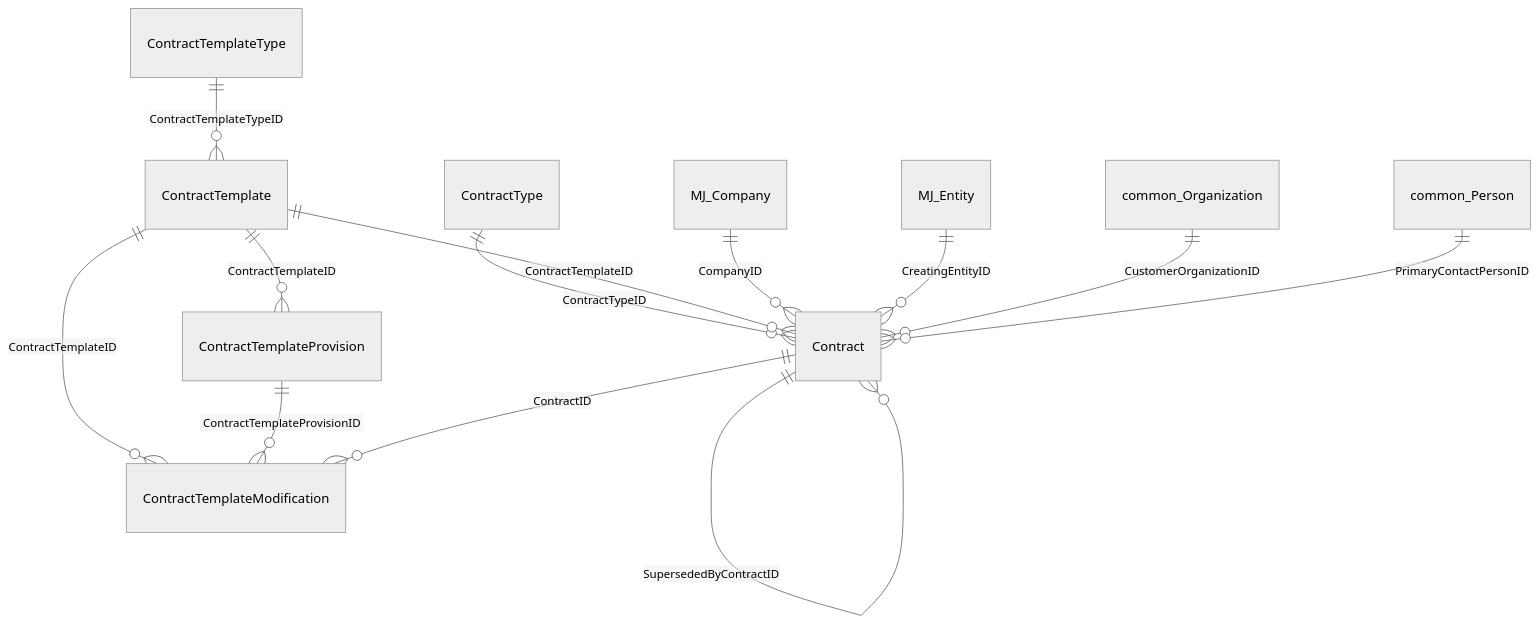
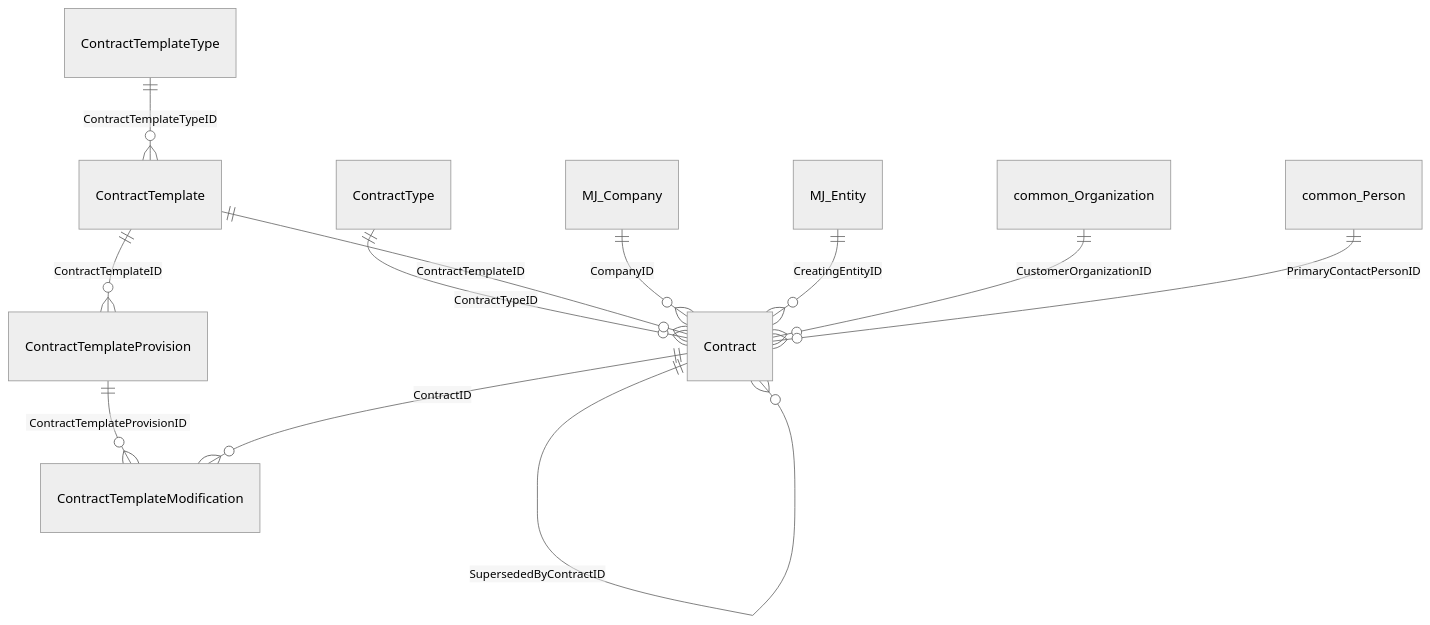
One commit to MemberJunction/bizapps-contracts changed the first of 6 diagrams in plans/ERD-planned.md. Above: the diagram before and after it, drawn with Mermaid (neutral theme). The commit also changed other lines of this file and 1 other file, not shown here.

````diff
--- a/plans/ERD-planned.md
+++ b/plans/ERD-planned.md
@@ -60,17 +61,16 @@
 ```mermaid
 erDiagram
     ContractTemplateType ||--o{ ContractTemplate : "ContractTemplateTypeID"
     ContractType ||--o{ Contract : "ContractTypeID"
     ContractTemplate ||--o{ Contract : "ContractTemplateID"
     ContractTemplate ||--o{ ContractTemplateProvision : "ContractTemplateID"
-    ContractTemplate ||--o{ ContractTemplateModification : "ContractTemplateID"
     ContractTemplateProvision ||--o{ ContractTemplateModification : "ContractTemplateProvisionID"
     Contract ||--o{ ContractTemplateModification : "ContractID"
     Contract ||--o{ Contract : "ParentContractID"
     Contract ||--o{ Contract : "SupersededByContractID"
 
     MJ_Company ||--o{ Contract : "CompanyID"
     MJ_Entity ||--o{ Contract : "CreatingEntityID"
     common_Organization ||--o{ Contract : "CustomerOrganizationID"
     common_Person ||--o{ Contract : "PrimaryContactPersonID"
 ```
````
